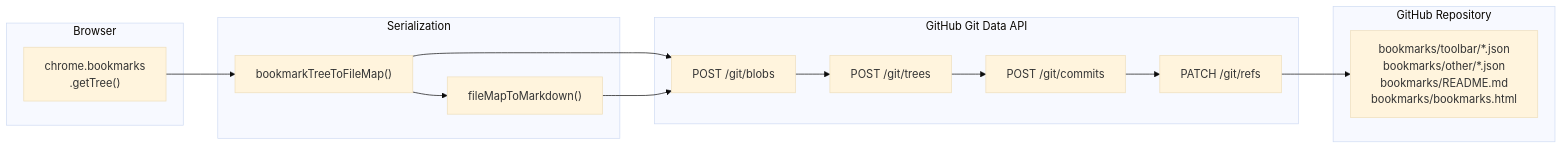
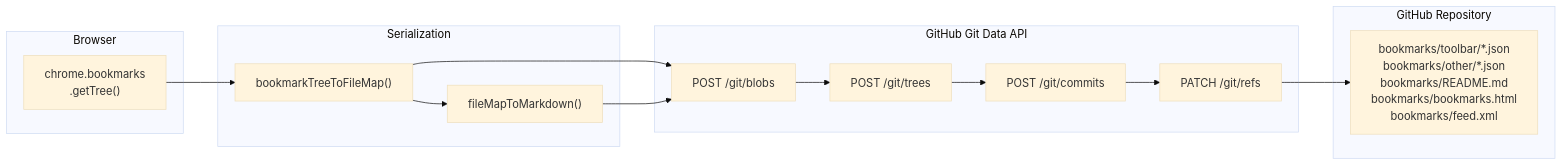
Before and after one commit to d0dg3r/GitSyncMarks: the first of 2 diagrams in docs/DATA-FLOW.md, drawn with Mermaid (base theme). The commit also changed other lines of this file and 19 other files, not shown here.

````diff
--- a/docs/DATA-FLOW.md
+++ b/docs/DATA-FLOW.md
@@ -9,31 +9,31 @@
 ```mermaid
 flowchart LR
     subgraph Browser
         BM["chrome.bookmarks\n.getTree()"]
     end
 
     subgraph Serialization
         FM["bookmarkTreeToFileMap()"]
         MD["fileMapToMarkdown()"]
     end
 
     subgraph GitDataAPI["GitHub Git Data API"]
         Blobs["POST /git/blobs"]
         Tree["POST /git/trees"]
         Commit["POST /git/commits"]
         Ref["PATCH /git/refs"]
     end
 
     subgraph Repo["GitHub Repository"]
-        Files["bookmarks/toolbar/*.json\nbookmarks/other/*.json\nbookmarks/README.md\nbookmarks/bookmarks.html"]
+        Files["bookmarks/toolbar/*.json\nbookmarks/other/*.json\nbookmarks/README.md\nbookmarks/bookmarks.html\nbookmarks/feed.xml"]
     end
 
     BM --> FM
     FM --> MD
     FM --> Blobs
     MD --> Blobs
     Blobs --> Tree
     Tree --> Commit
     Commit --> Ref
     Ref --> Files
 ```
````
